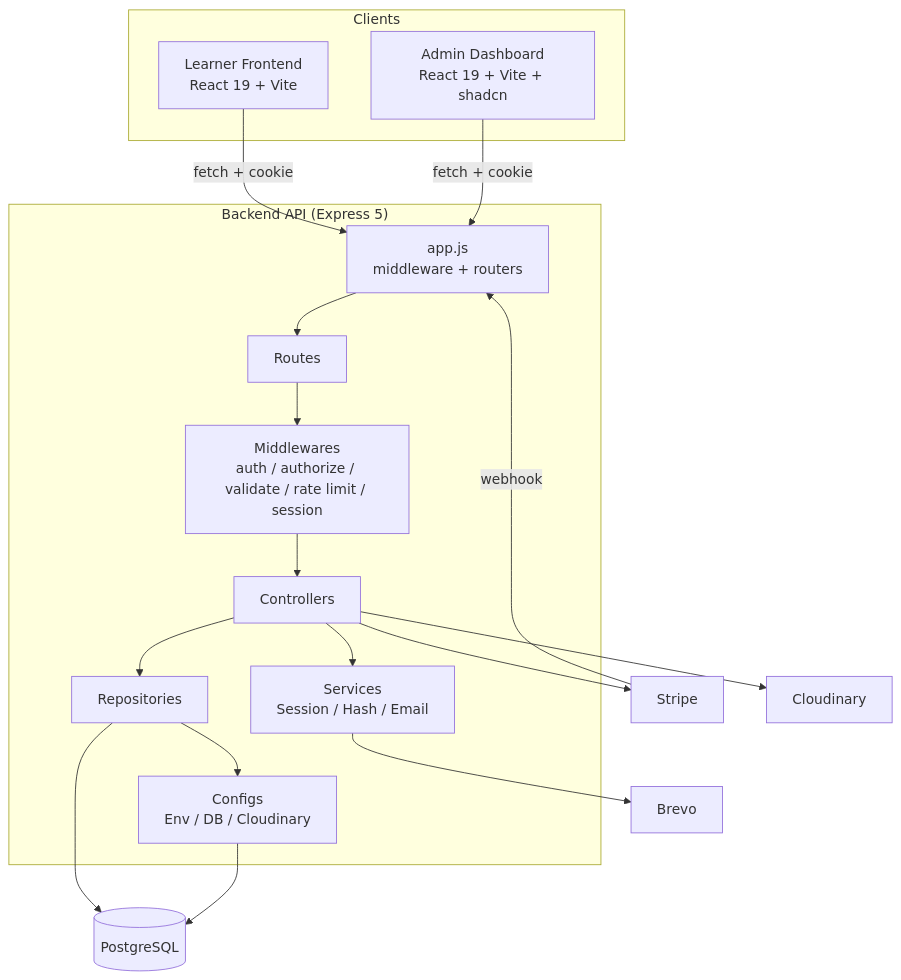
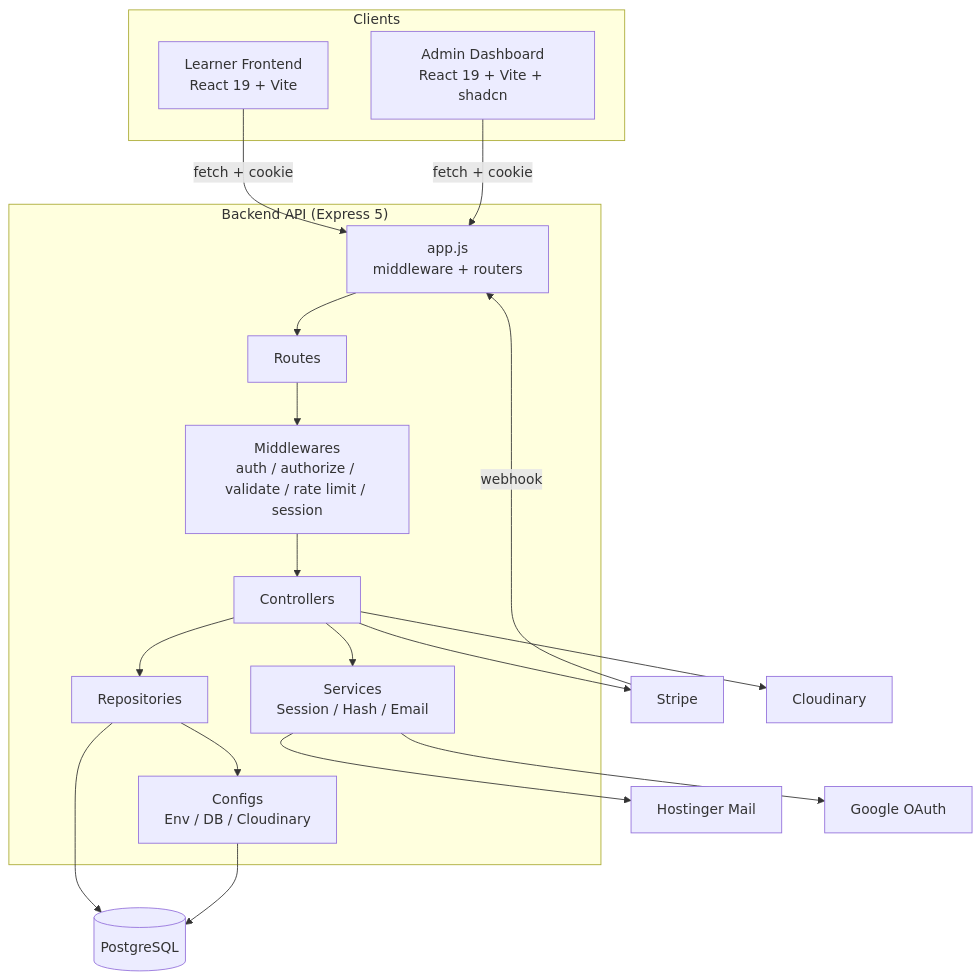
One commit to Rafy-Tho/LearnSphere changed the first of 7 diagrams in docs/diagrams/architecture.md. Above: the diagram before and after it, drawn with Mermaid. The commit also changed other lines of this file and 6 other files, not shown here.

````diff
--- a/docs/diagrams/architecture.md
+++ b/docs/diagrams/architecture.md
@@ -5,35 +5,37 @@
 ```mermaid
 flowchart TB
   subgraph Clients
     LF[Learner Frontend<br/>React 19 + Vite]
     AF[Admin Dashboard<br/>React 19 + Vite + shadcn]
   end
 
   subgraph Backend["Backend API (Express 5)"]
     APP[app.js<br/>middleware + routers]
     ROUTES[Routes]
     MW[Middlewares<br/>auth / authorize / validate / rate limit / session]
     CTRL[Controllers]
     SVC[Services<br/>Session / Hash / Email]
     REPO[Repositories]
     CFG[Configs<br/>Env / DB / Cloudinary]
   end
 
   DB[(PostgreSQL)]
   STRIPE[Stripe]
   CLOUD[Cloudinary]
-  BREVO[Brevo]
+  MAIL[Hostinger Mail]
+  GOOG[Google OAuth]
 
   LF -->|fetch + cookie| APP
   AF -->|fetch + cookie| APP
   APP --> ROUTES --> MW --> CTRL
   CTRL --> SVC
   CTRL --> REPO
   REPO --> CFG
   REPO --> DB
   CFG --> DB
   CTRL --> STRIPE
   CTRL --> CLOUD
-  SVC --> BREVO
+  SVC --> MAIL
+  SVC --> GOOG
   STRIPE -->|webhook| APP
 ```
````
